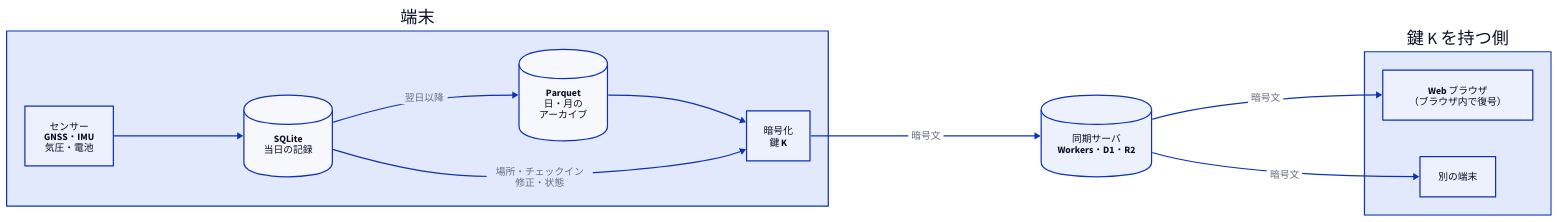
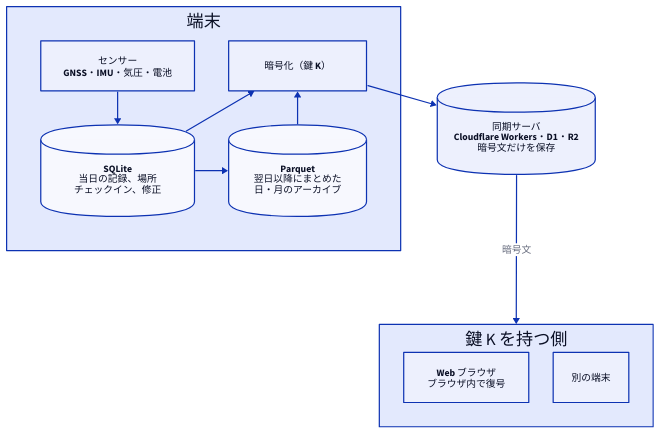
The diagram in docs/diagrams/readme-dataflow.d2 (sksat/ashidori), drawn with D2 before and after one commit. The commit also changed 4 other files, not shown here.

First line of the commit message:
README: narrower diagrams, the license section reduced to the license

```diff
--- a/docs/diagrams/readme-dataflow.d2
+++ b/docs/diagrams/readme-dataflow.d2
@@ -1,26 +1,30 @@
 # 記録と同期（README）
 # 鍵 K を持つのは利用者の端末とペアリングしたブラウザだけで、同期サーバには暗号文だけが届く。
-direction: right
+direction: down
 
 phone: 端末 {
-  sensors: "センサー\nGNSS・IMU\n気圧・電池"
-  db: "SQLite\n当日の記録" {shape: cylinder}
-  archive: "Parquet\n日・月の\nアーカイブ" {shape: cylinder}
-  enc: "暗号化\n鍵 K"
+  grid-columns: 2
+  grid-gap: 56
+  # The grid fills column by column: sensors over db, enc over archive.
+  sensors: "センサー\nGNSS・IMU・気圧・電池"
+  db: "SQLite\n当日の記録、場所\nチェックイン、修正" {shape: cylinder}
+  enc: "暗号化（鍵 K）"
+  archive: "Parquet\n翌日以降にまとめた\n日・月のアーカイブ" {shape: cylinder}
 
   sensors -> db
-  db -> archive: 翌日以降
+  db -> archive
   archive -> enc
-  db -> enc: 場所・チェックイン\n修正・状態
+  db -> enc
 }
 
-server: "同期サーバ\nWorkers・D1・R2" {shape: cylinder}
+server: "同期サーバ\nCloudflare Workers・D1・R2\n暗号文だけを保存" {shape: cylinder}
 
 readers: "鍵 K を持つ側" {
-  web: "Web ブラウザ\n（ブラウザ内で復号）"
+  grid-columns: 2
+  grid-gap: 40
+  web: "Web ブラウザ\nブラウザ内で復号"
   other: "別の端末"
 }
 
-phone.enc -> server: 暗号文
-server -> readers.web: 暗号文
-server -> readers.other: 暗号文
+phone.enc -> server
+server -> readers: 暗号文
```
